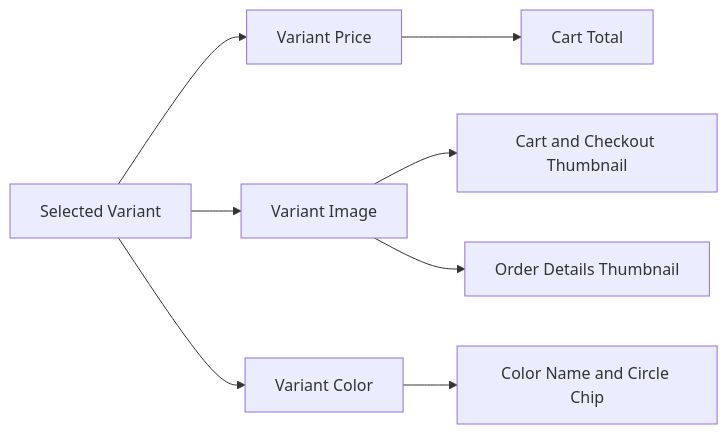
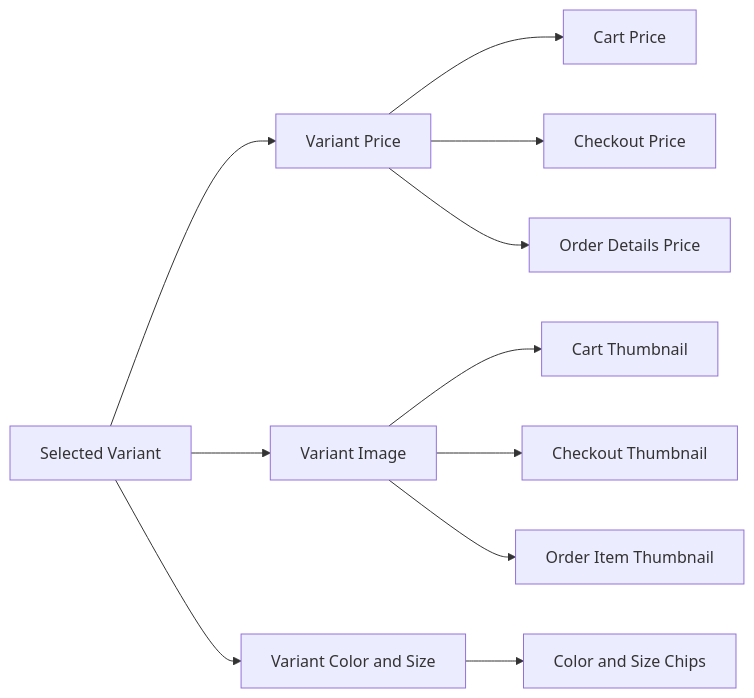
One commit to royalpandit/Oui-User changed the fourth of 7 diagrams in README.md. Above: the diagram before and after it, drawn with Mermaid. The commit also changed other lines of this file, not shown here.

````diff
--- a/README.md
+++ b/README.md
@@ -133,10 +108,13 @@
 ```mermaid
 flowchart LR
-	V[Selected Variant] --> P[Variant Price]
-	V --> IM[Variant Image]
-	V --> CL[Variant Color]
-	P --> CART[Cart Total]
-	IM --> CARTUI[Cart and Checkout Thumbnail]
-	IM --> ORDERUI[Order Details Thumbnail]
-	CL --> CHIPS[Color Name and Circle Chip]
+		V[Selected Variant] --> P[Variant Price]
+		V --> I[Variant Image]
+		V --> C[Variant Color and Size]
+		P --> C1[Cart Price]
+		P --> C2[Checkout Price]
+		P --> C3[Order Details Price]
+		I --> I1[Cart Thumbnail]
+		I --> I2[Checkout Thumbnail]
+		I --> I3[Order Item Thumbnail]
+		C --> T[Color and Size Chips]
 ```
````
